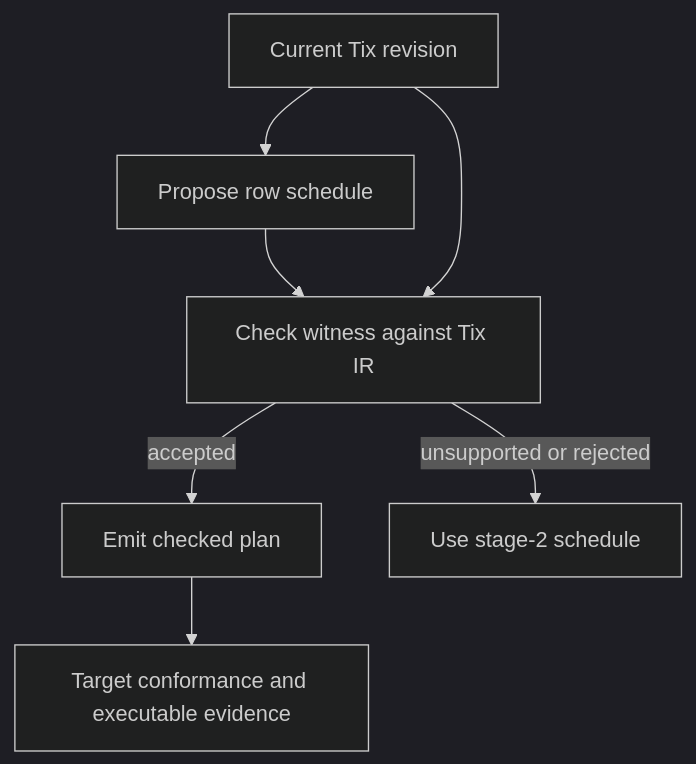
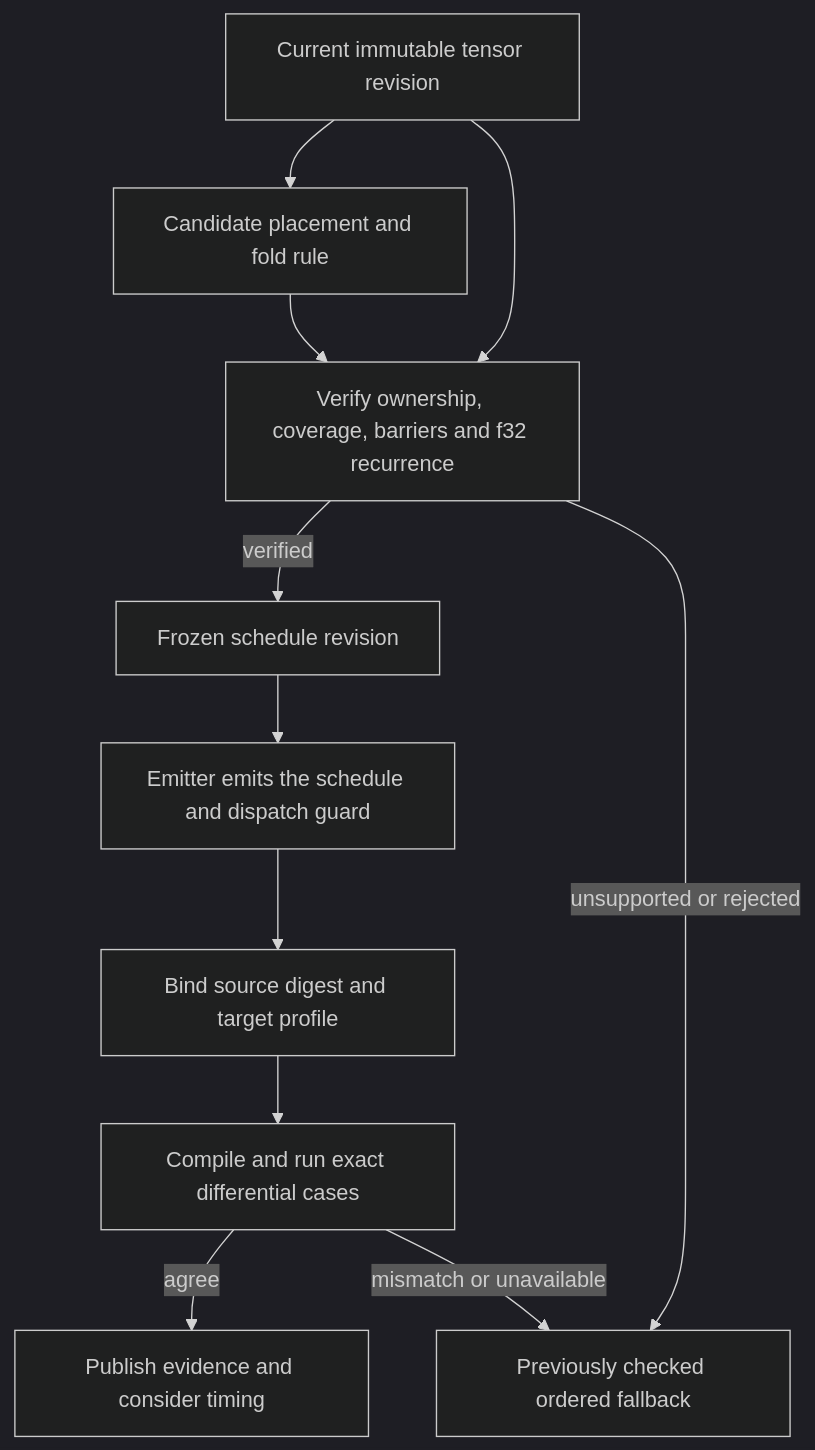
Before and after one commit to wesen/2026-11-24--compiler-workbench: the second of 2 diagrams in ttmp/2026/11/26/IRWB-023-A--certified-scheduling-for-tix/design-doc/01-certified-scheduling-for-tix.md, drawn with Mermaid (dark theme). The commit also changed other lines of this file and 19 other files, not shown here.

````diff
--- a/ttmp/2026/11/26/IRWB-023-A--certified-scheduling-for-tix/design-doc/01-certified-scheduling-for-tix.md
+++ b/ttmp/2026/11/26/IRWB-023-A--certified-scheduling-for-tix/design-doc/01-certified-scheduling-for-tix.md
@@ -66,9 +127,13 @@
 ```mermaid
 flowchart TD
-  IR["Current Tix revision"] --> P["Propose row schedule"]
-  P --> V["Check witness against Tix IR"]
-  IR --> V
-  V -->|accepted| C["Emit checked plan"]
-  V -->|unsupported or rejected| F["Use stage-2 schedule"]
-  C --> T["Target conformance and executable evidence"]
+  IR["Current immutable tensor revision"] --> P["Candidate placement and fold rule"]
+  IR --> V["Verify ownership, coverage, barriers and f32 recurrence"]
+  P --> V
+  V -->|verified| S["Frozen schedule revision"]
+  V -->|unsupported or rejected| F["Previously checked ordered fallback"]
+  S --> E["Emitter emits the schedule and dispatch guard"]
+  E --> H["Bind source digest and target profile"]
+  H --> C["Compile and run exact differential cases"]
+  C -->|agree| R["Publish evidence and consider timing"]
+  C -->|mismatch or unavailable| F
 ```
````
